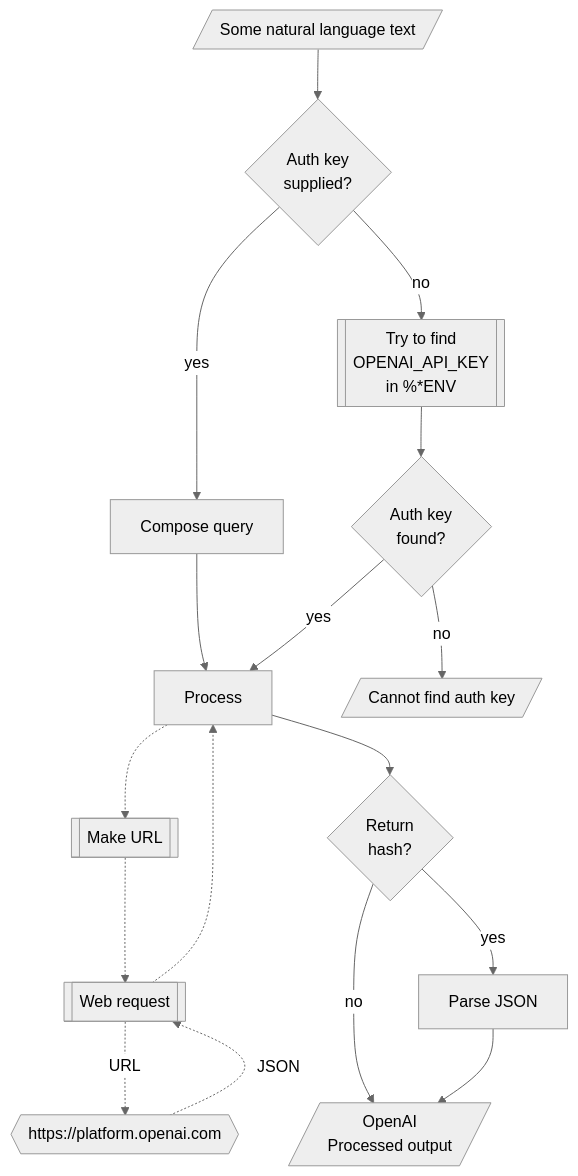
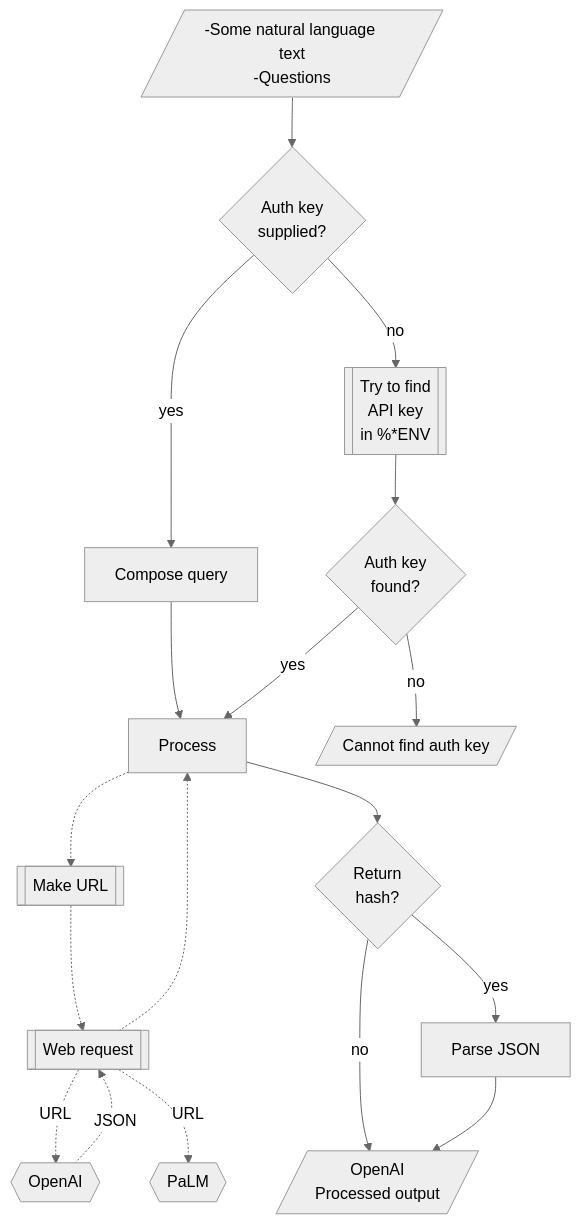
The diagram in README-work.md (antononcube/Raku-ML-FindTextualAnswer), drawn with Mermaid (neutral theme) before and after one commit. The commit also changed other lines of this file and 1 other file, not shown here.

Commit message:
docs:First complete version.

````diff
--- a/README-work.md
+++ b/README-work.md
@@ -113,30 +114,32 @@
 ```mermaid
 graph TD
-	UI[/Some natural language text/]
+	UI[/-Some natural language text<br>-Questions/]
 	TO[/"OpenAI<br/>Processed output"/]
 	WR[[Web request]]
-	OpenAI{{https://platform.openai.com}}
+	OpenAI{{OpenAI}}
+	PaLM{{PaLM}}
 	PJ[Parse JSON]
 	Q{Return<br>hash?}
 	MSTC[Compose query]
 	MURL[[Make URL]]
 	TTC[Process]
 	QAK{Auth key<br>supplied?}
-	EAK[["Try to find<br>OPENAI_API_KEY<br>in %*ENV"]]
+	EAK[["Try to find<br>API key<br>in %*ENV"]]
 	QEAF{Auth key<br>found?}
 	NAK[/Cannot find auth key/]
 	UI --> QAK
 	QAK --> |yes|MSTC
 	QAK --> |no|EAK
 	EAK --> QEAF
 	MSTC --> TTC
 	QEAF --> |no|NAK
 	QEAF --> |yes|TTC
 	TTC -.-> MURL -.-> WR -.-> TTC
 	WR -.-> |URL|OpenAI 
+	WR -.-> |URL|PaLM 
 	OpenAI -.-> |JSON|WR
 	TTC --> Q 
 	Q --> |yes|PJ
 	Q --> |no|TO
 	PJ --> TO
 ```
````
